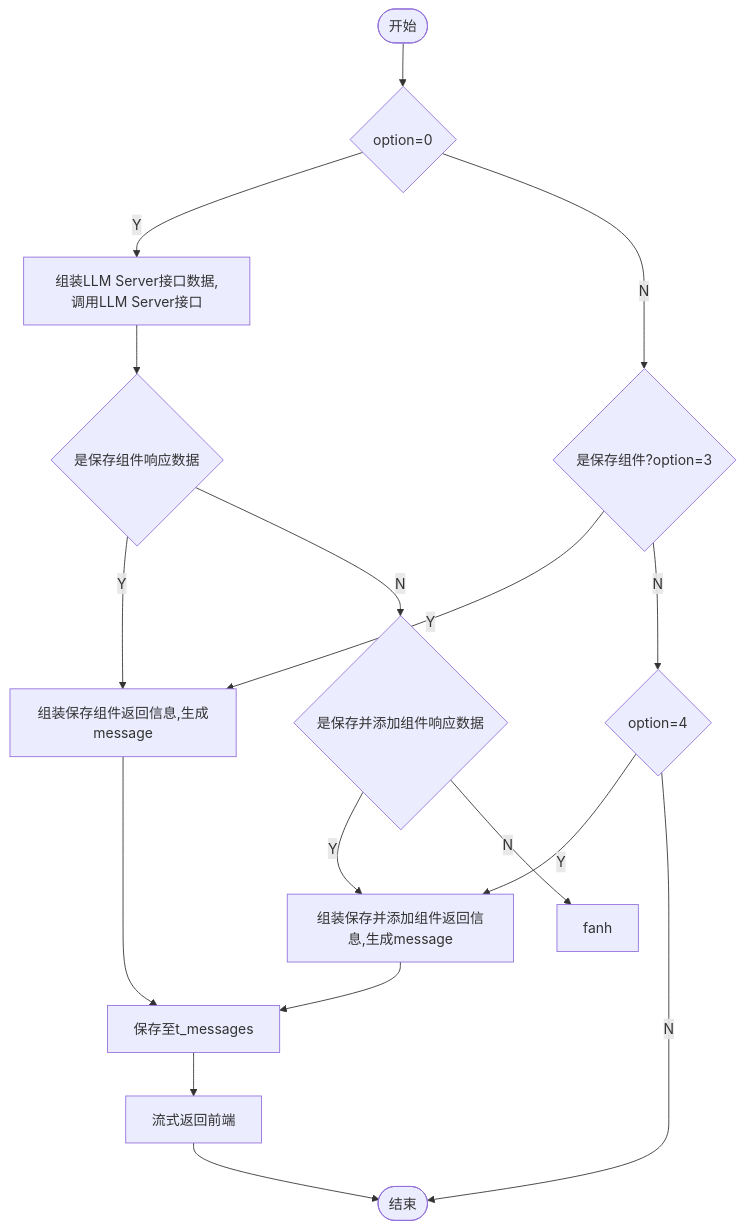
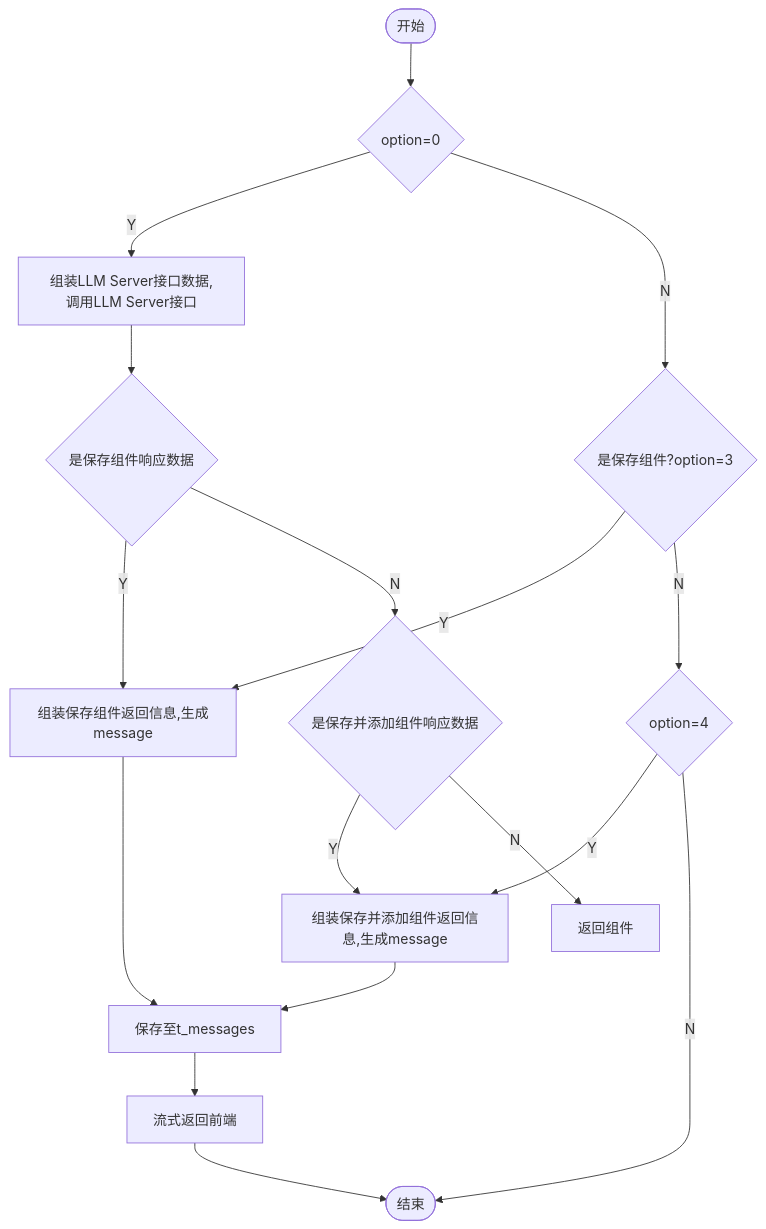
Before and after one commit to yingjianzh/iodraw-files: the diagram in all/添加保存组件.md, drawn with Mermaid.

Commit message:
2024-10-14 13:42:13 update

````diff
--- a/all/添加保存组件.md
+++ b/all/添加保存组件.md
@@ -1,19 +1,19 @@
 ```mermaid
 flowchart TD
     A([开始]) --> B{option=0}
     B -- Y --> C[组装LLM Server接口数据,调用LLM Server接口]
     B -- N --> D{是保存组件?option=3}
     C --> E{是保存组件响应数据}
     E -- Y --> F[组装保存组件返回信息,生成message]
     E -- N --> L{是保存并添加组件响应数据}
     L -- Y --> K
-    L -- N --> fanh
+    L -- N --> 返回组件
     D -- Y --> F
     D -- N --> J{option=4}
     J -- Y --> K[组装保存并添加组件返回信息,生成message]
     K --> G
     J -- N --> I
     F --> G[保存至t_messages]
     G --> H[流式返回前端]
     H --> I([结束])
 ```
````
